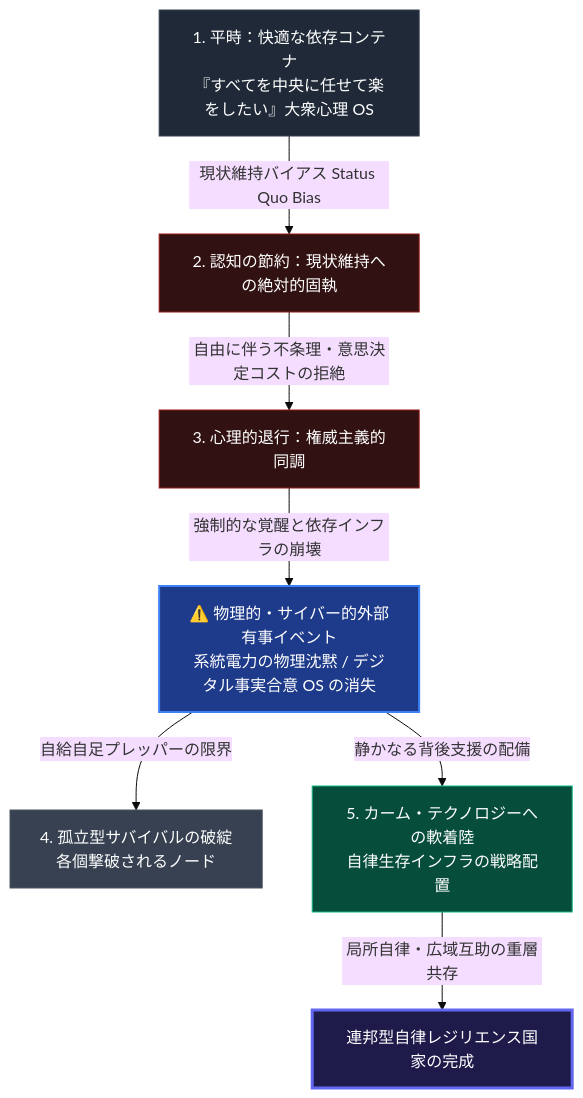
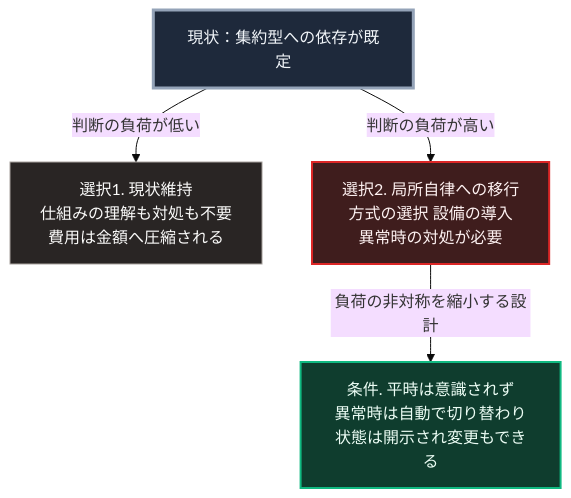
The diagram in books/sovereign-resilience-blueprint/20_autonomous-society-frictions.md (Takenori-Kusaka/zenn-content), drawn with Mermaid (base theme) before and after one commit. The commit also changed other lines of this file and 108 other files, not shown here.

````diff
--- a/books/sovereign-resilience-blueprint/20_autonomous-society-frictions.md
+++ b/books/sovereign-resilience-blueprint/20_autonomous-society-frictions.md
@@ -30,22 +75,12 @@
 ```mermaid
 flowchart TD
-    M1[1. 平時：快適な依存コンテナ<br>『すべてを中央に任せて楽をしたい』大衆心理 OS]
-    M1 -->|現状維持バイアス Status Quo Bias| M2[2. 認知の節約：現状維持への絶対的固執]
-    M2 -->|自由に伴う不条理・意思決定コストの拒絶| M3[3. 心理的退行：権威主義的同調]
-    
-    Shock[⚠️ 物理的・サイバー的外部有事イベント<br>系統電力の物理沈黙 / デジタル事実合意 OS の消失]
-    M3 -->|強制的な覚醒と依存インフラの崩壊| Shock
-    
-    Shock -->|自給自足プレッパーの限界| F1[4. 孤立型サバイバルの破綻<br>各個撃破されるノード]
-    Shock -->|静かなる背後支援の配備| F2[5. カーム・テクノロジーへの軟着陸<br>自律生存インフラの戦略配置]
-    
-    F2 -->|局所自律・広域互助の重層共存| Goal[連邦型自律レジリエンス国家の完成]
+    Q[現状：集約型への依存が既定]
+    Q -->|判断の負荷が低い| A[選択1. 現状維持<br>仕組みの理解も対処も不要<br>費用は金額へ圧縮される]
+    Q -->|判断の負荷が高い| B[選択2. 局所自律への移行<br>方式の選択 設備の導入<br>異常時の対処が必要]
+    B -->|負荷の非対称を縮小する設計| C[条件. 平時は意識されず<br>異常時は自動で切り替わり<br>状態は開示され変更もできる]
 
-    style M1 fill:#1f2937,stroke:#374151,color:#fff
-    style M2 fill:#311111,stroke:#991b1b,color:#fff
-    style M3 fill:#311111,stroke:#991b1b,color:#fff
-    style Shock fill:#1e3a8a,stroke:#3b82f6,stroke-width:2px,color:#fff
-    style F1 fill:#374151,stroke:#4b5563,color:#fff
-    style F2 fill:#064e3b,stroke:#10b981,color:#fff
-    style Goal fill:#1e1b4b,stroke:#6366f1,stroke-width:3px,color:#fff
+    style Q fill:#1e293b,stroke:#94a3b8,stroke-width:3px,color:#f1f5f9
+    style A fill:#292524,stroke:#a8a29e,color:#fafaf9
+    style B fill:#3f1d1d,stroke:#dc2626,stroke-width:2px,color:#fef2f2
+    style C fill:#0f3d2e,stroke:#10b981,stroke-width:2px,color:#ecfdf5
 ```
````
